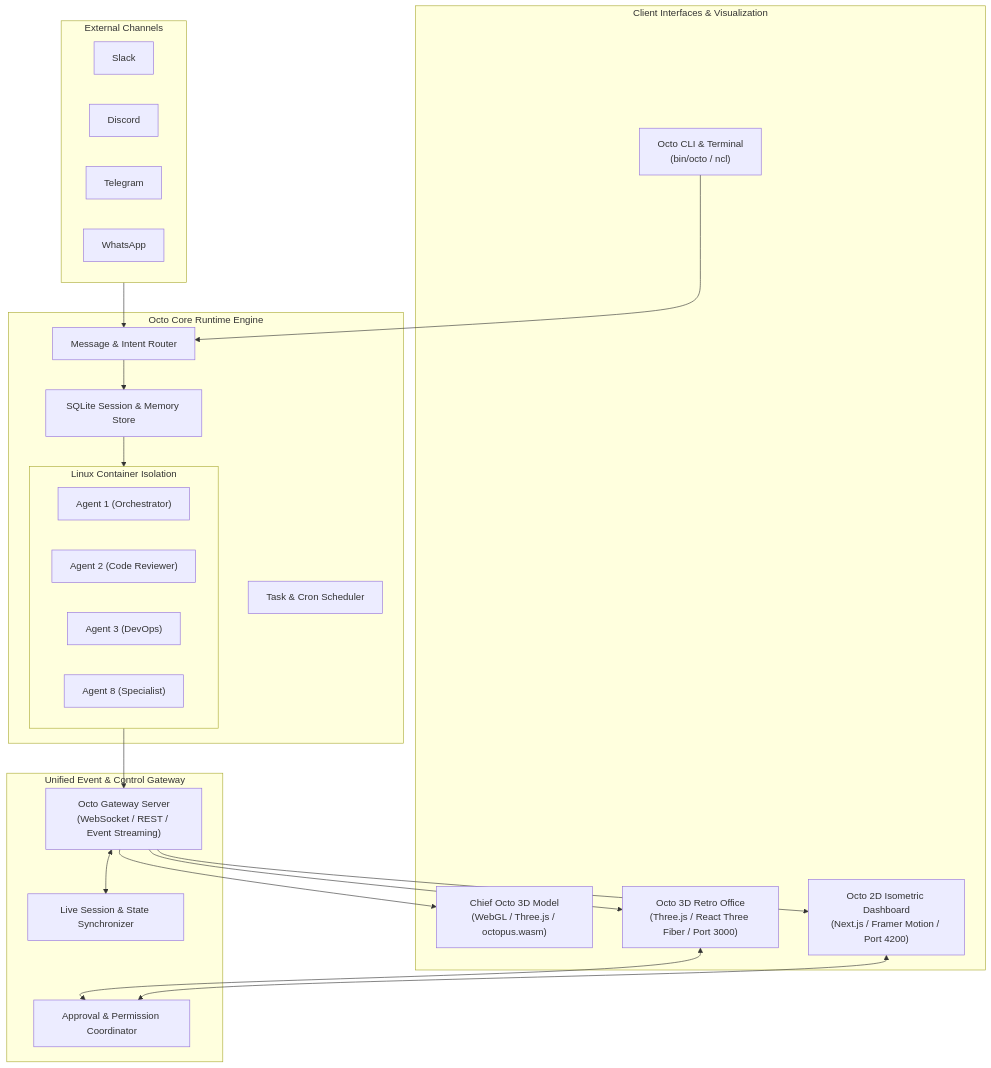
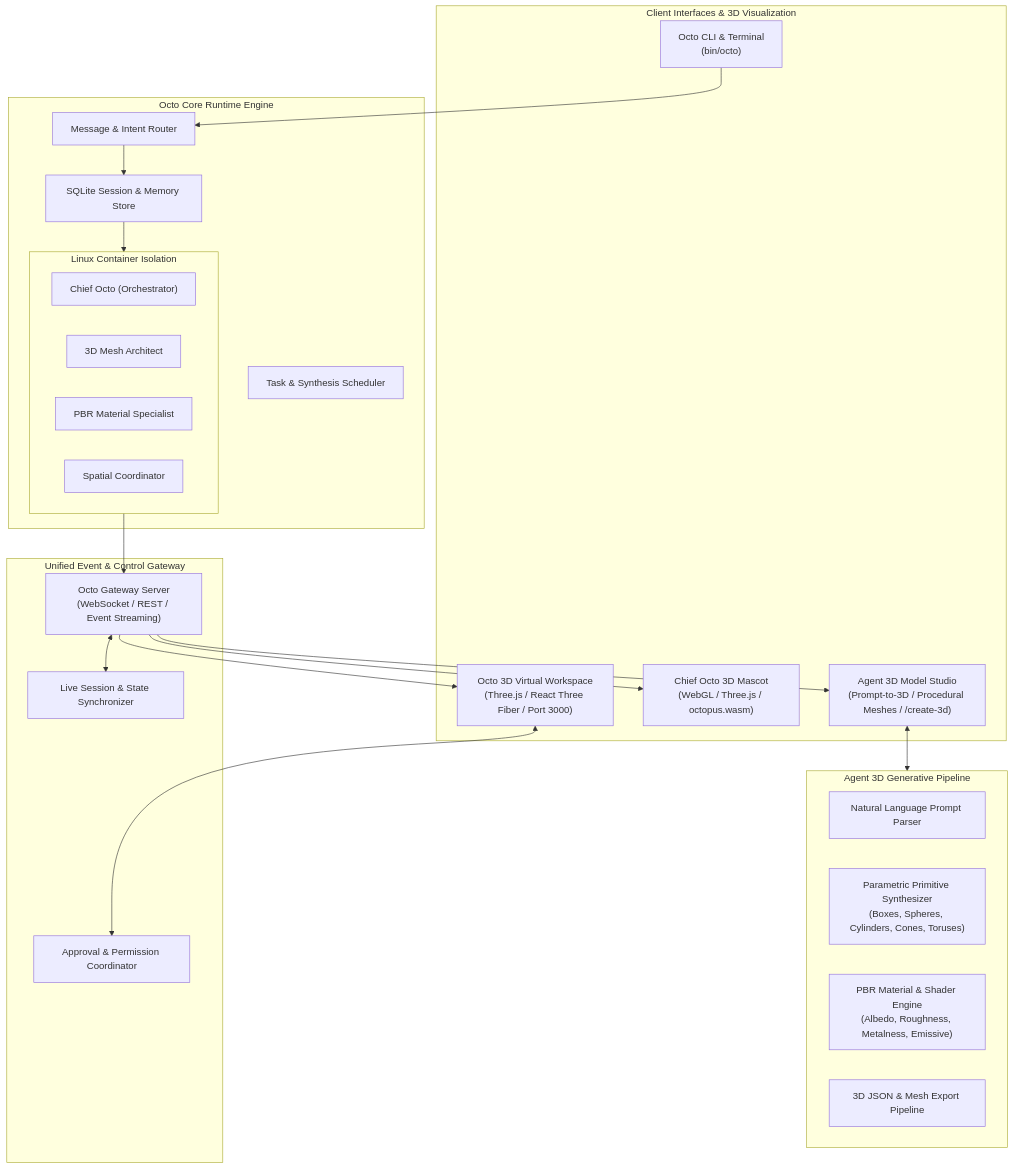
Before and after one commit to Aravindh-dev12/octic-Agent: the first of 2 diagrams in ARCHITECTURE.md, drawn with Mermaid. The commit also changed other lines of this file and 107 other files, not shown here.

Commit message:
feat: focus Octo Agent strictly on agent 3D model creation studio and 3D workspace

````diff
--- a/ARCHITECTURE.md
+++ b/ARCHITECTURE.md
@@ -13,47 +13,46 @@
 ```mermaid
 flowchart TD
-    subgraph ClientLayers["Client Interfaces & Visualization"]
-        M3D["Chief Octo 3D Model\n(WebGL / Three.js / octopus.wasm)"]
-        Office3D["Octo 3D Retro Office\n(Three.js / React Three Fiber / Port 3000)"]
-        Office2D["Octo 2D Isometric Dashboard\n(Next.js / Framer Motion / Port 4200)"]
-        CLI["Octo CLI & Terminal\n(bin/octo / ncl)"]
+    subgraph ClientLayers["Client Interfaces & 3D Visualization"]
+        Studio3D["Agent 3D Model Studio\n(Prompt-to-3D / Procedural Meshes / /create-3d)"]
+        M3D["Chief Octo 3D Mascot\n(WebGL / Three.js / octopus.wasm)"]
+        Workspace3D["Octo 3D Virtual Workspace\n(Three.js / React Three Fiber / Port 3000)"]
+        CLI["Octo CLI & Terminal\n(bin/octo)"]
+    end
+
+    subgraph AgentSynthesis["Agent 3D Generative Pipeline"]
+        PromptParser["Natural Language Prompt Parser"]
+        MeshSynthesizer["Parametric Primitive Synthesizer\n(Boxes, Spheres, Cylinders, Cones, Toruses)"]
+        MaterialEngine["PBR Material & Shader Engine\n(Albedo, Roughness, Metalness, Emissive)"]
+        ExportPipeline["3D JSON & Mesh Export Pipeline"]
     end
 
     subgraph GatewayLayer["Unified Event & Control Gateway"]
         GW["Octo Gateway Server\n(WebSocket / REST / Event Streaming)"]
         AuthCoordinator["Approval & Permission Coordinator"]
         StateSync["Live Session & State Synchronizer"]
     end
 
     subgraph CoreEngine["Octo Core Runtime Engine"]
         Router["Message & Intent Router"]
         SessionMgr["SQLite Session & Memory Store"]
-        Scheduler["Task & Cron Scheduler"]
+        Scheduler["Task & Synthesis Scheduler"]
         
         subgraph Sandbox["Linux Container Isolation"]
-            Agent1["Agent 1 (Orchestrator)"]
-            Agent2["Agent 2 (Code Reviewer)"]
-            Agent3["Agent 3 (DevOps)"]
-            AgentN["Agent 8 (Specialist)"]
+            Agent1["Chief Octo (Orchestrator)"]
+            Agent2["3D Mesh Architect"]
+            Agent3["PBR Material Specialist"]
+            AgentN["Spatial Coordinator"]
         end
     end
 
-    subgraph Channels["External Channels"]
-        Slack["Slack"]
-        Discord["Discord"]
-        Telegram["Telegram"]
-        WhatsApp["WhatsApp"]
-    end
-
-    Channels --> Router
     CLI --> Router
     Router --> SessionMgr
     SessionMgr --> Sandbox
     Sandbox --> GW
-    GW --> Office3D
-    GW --> Office2D
+    GW --> Studio3D
+    GW --> Workspace3D
     GW --> M3D
-    Office3D <--> AuthCoordinator
-    Office2D <--> AuthCoordinator
+    Studio3D <--> AgentSynthesis
+    Workspace3D <--> AuthCoordinator
     GW <--> StateSync
 ```
````
